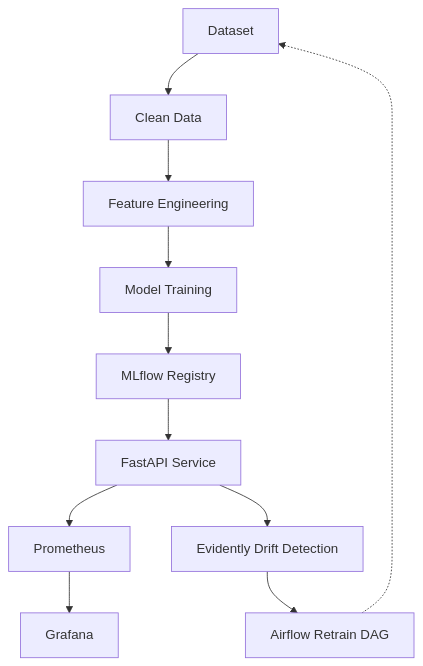
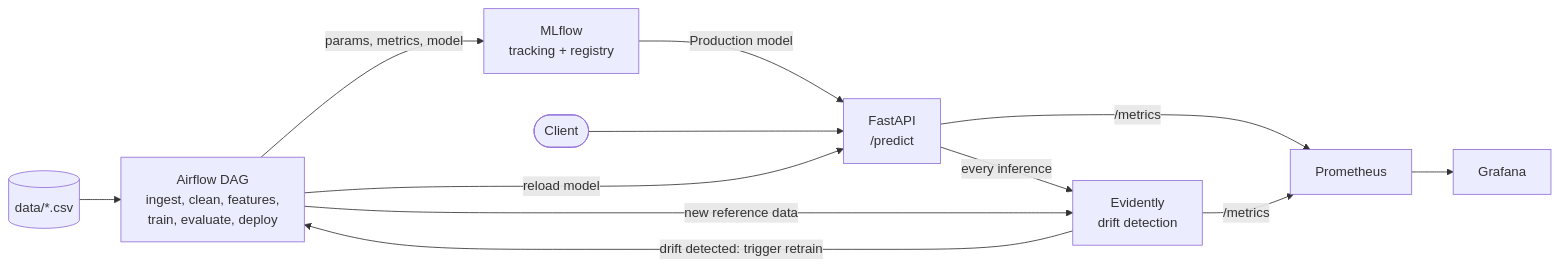
One commit to NgoKhoi1/DDM501_FinalProject_25MS13285_PhamMinhHoang changed the diagram in README.md. Above: the diagram before and after it, drawn with Mermaid. The commit also changed other lines of this file and 26 other files, not shown here.

````diff
--- a/README.md
+++ b/README.md
@@ -5,13 +21,13 @@
 ```mermaid
-flowchart TD
-    Data[Dataset] --> Clean[Clean Data]
-    Clean --> FE[Feature Engineering]
-    FE --> Train[Model Training]
-    Train --> MLflow[MLflow Registry]
-    MLflow --> API[FastAPI Service]
-    API --> Prometheus[Prometheus]
-    Prometheus --> Grafana[Grafana]
-    API --> Evidently[Evidently Drift Detection]
-    Evidently --> Airflow[Airflow Retrain DAG]
-    Airflow -.-> Data
+flowchart LR
+    Data[(data/*.csv)] --> DAG[Airflow DAG<br/>ingest, clean, features,<br/>train, evaluate, deploy]
+    DAG -->|params, metrics, model| MLflow[MLflow<br/>tracking + registry]
+    MLflow -->|Production model| API[FastAPI<br/>/predict]
+    Client([Client]) --> API
+    API -->|/metrics| Prometheus --> Grafana
+    API -->|every inference| Evidently[Evidently<br/>drift detection]
+    Evidently -->|/metrics| Prometheus
+    Evidently -->|drift detected: trigger retrain| DAG
+    DAG -->|reload model| API
+    DAG -->|new reference data| Evidently
 ```
````
